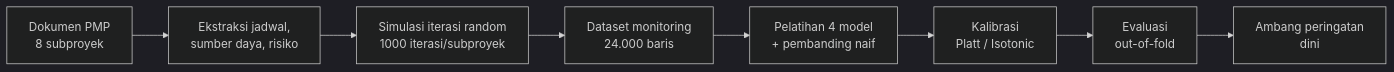
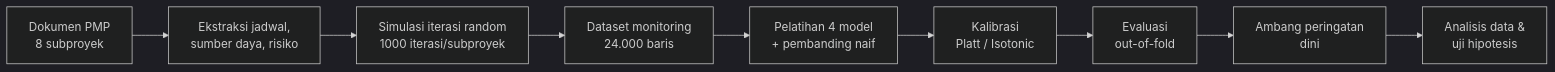
The diagram in draft/Bab_III_Metodologi_Penelitian.md (mug31/MP-PRE-02), drawn with Mermaid (dark theme) before and after one commit. The commit also changed other lines of this file and 24 other files, not shown here.

````diff
--- a/draft/Bab_III_Metodologi_Penelitian.md
+++ b/draft/Bab_III_Metodologi_Penelitian.md
@@ -26,10 +28,11 @@
 ```mermaid
 flowchart LR
     A["Dokumen PMP<br>8 subproyek"] --> B["Ekstraksi jadwal,<br>sumber daya, risiko"]
     B --> C["Simulasi iterasi random<br>1000 iterasi/subproyek"]
     C --> D["Dataset monitoring<br>24.000 baris"]
     D --> E["Pelatihan 4 model<br>+ pembanding naif"]
     E --> F["Kalibrasi<br>Platt / Isotonic"]
     F --> G["Evaluasi<br>out-of-fold"]
     G --> H["Ambang peringatan<br>dini"]
+    H --> I["Analisis data &<br>uji hipotesis"]
 ```
````
